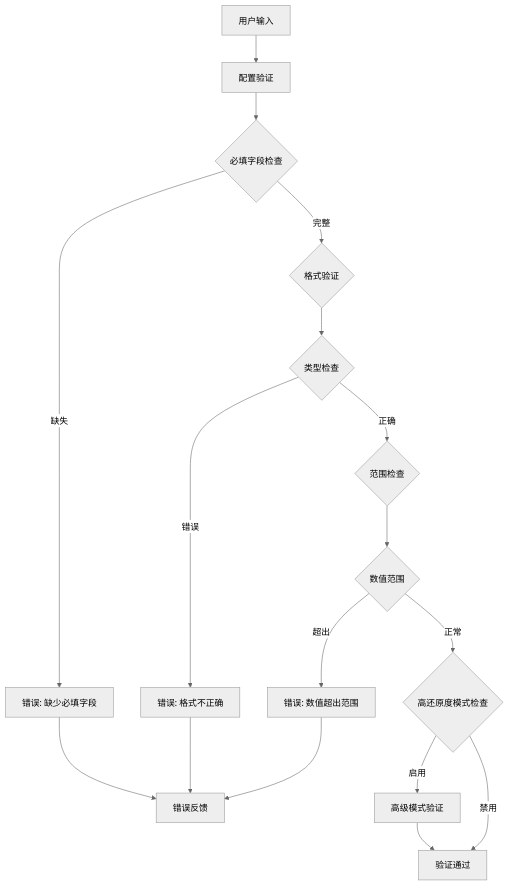
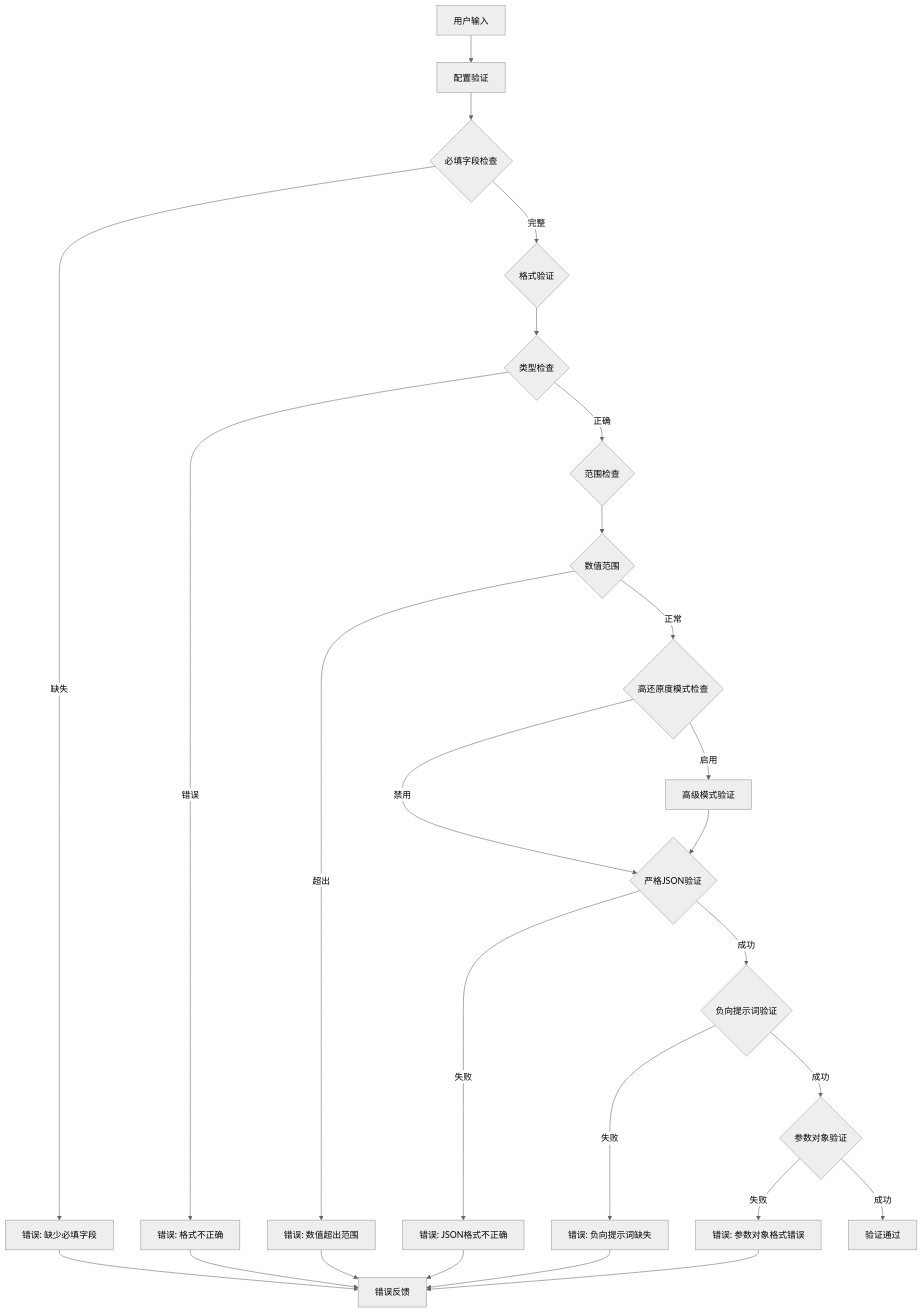
Before and after one commit to binasi/Img2Prompt: the ninth of 11 diagrams in .qoder/repowiki/zh/content/技术架构/核心模块分析/配置管理模块 (config.js).md, drawn with Mermaid (neutral theme). The commit also changed other lines of this file and 8 other files, not shown here.

````diff
--- a/.qoder/repowiki/zh/content/技术架构/核心模块分析/配置管理模块 (config.js).md
+++ b/.qoder/repowiki/zh/content/技术架构/核心模块分析/配置管理模块 (config.js).md
@@ -507,19 +568,28 @@
 ```mermaid
 flowchart TD
 Input[用户输入] --> Validation[配置验证]
 Validation --> Required{必填字段检查}
 Required --> |缺失| Error1[错误: 缺少必填字段]
 Required --> |完整| Format{格式验证}
 Format --> Type{类型检查}
 Type --> |错误| Error2[错误: 格式不正确]
 Type --> |正确| Range{范围检查}
 Range --> Value{数值范围}
 Value --> |超出| Error3[错误: 数值超出范围]
 Value --> |正常| RecreateMode{高还原度模式检查}
 RecreateMode --> |启用| AdvancedCheck[高级模式验证]
-RecreateMode --> |禁用| Success[验证通过]
-AdvancedCheck --> Success
+RecreateMode --> |禁用| StrictJSON{严格JSON验证}
+AdvancedCheck --> StrictJSON
+StrictJSON --> |失败| Error4[错误: JSON格式不正确]
+StrictJSON --> |成功| NegativePrompt{负向提示词验证}
+NegativePrompt --> |失败| Error5[错误: 负向提示词缺失]
+NegativePrompt --> |成功| Parameters{参数对象验证}
+Parameters --> |失败| Error6[错误: 参数对象格式错误]
+Parameters --> |成功| Success[验证通过]
 Error1 --> Feedback[错误反馈]
 Error2 --> Feedback
 Error3 --> Feedback
+Error4 --> Feedback
+Error5 --> Feedback
+Error6 --> Feedback
 ```
````
